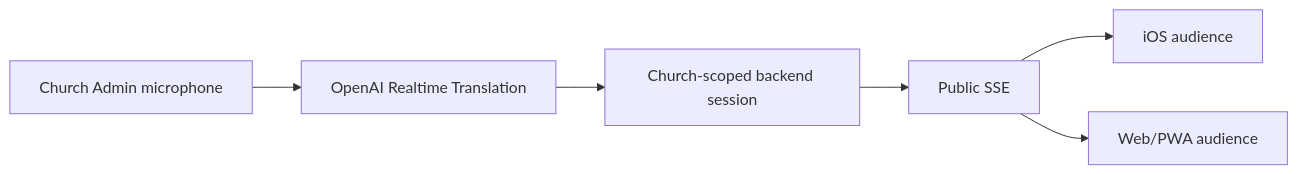
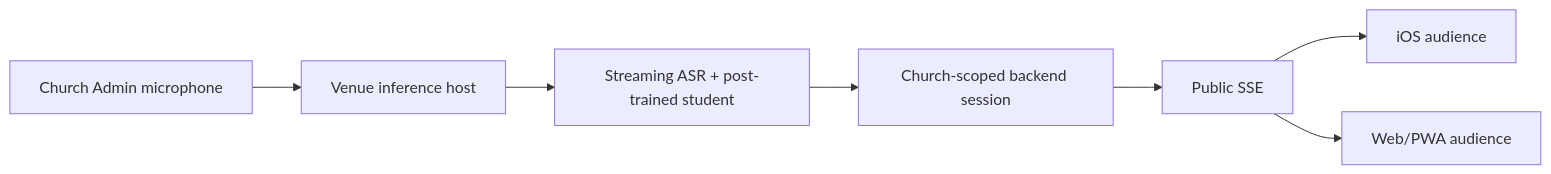
One commit to JonathanJing/sermon-video-zh-subtitles changed the second of 6 diagrams in docs/ios-live-sermon-translation-app.zh.md. Above: the diagram before and after it, drawn with Mermaid. The commit also changed other lines of this file and 10 other files, not shown here.

Commit message:
docs: define sermon translation post-training plan

````diff
--- a/docs/ios-live-sermon-translation-app.zh.md
+++ b/docs/ios-live-sermon-translation-app.zh.md
@@ -108,8 +115,9 @@
 ```mermaid
 flowchart LR
-    A[Church Admin microphone] --> B[OpenAI Realtime Translation]
-    B --> C[Church-scoped backend session]
-    C --> D[Public SSE]
-    D --> E[iOS audience]
-    D --> F[Web/PWA audience]
+    A[Church Admin microphone] --> C[Venue inference host]
+    C --> D[Streaming ASR + post-trained student]
+    D --> E[Church-scoped backend session]
+    E --> F[Public SSE]
+    F --> G[iOS audience]
+    F --> H[Web/PWA audience]
 ```
````
